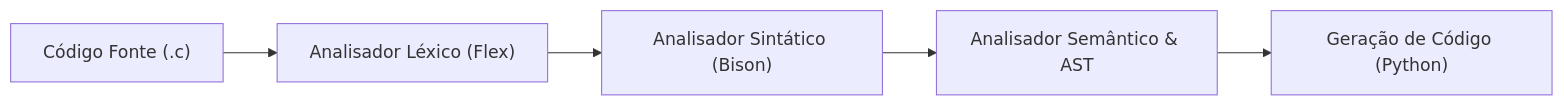
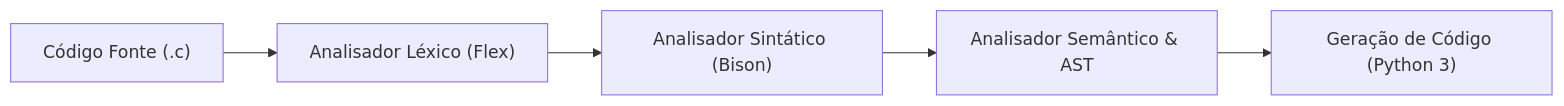
One commit to pedrolrm/compiladores-unb changed the diagram in docs/index.md. Above: the diagram before and after it, drawn with Mermaid. The commit also changed other lines of this file and 2 other files, not shown here.

````diff
--- a/docs/index.md
+++ b/docs/index.md
@@ -24,7 +26,7 @@
 ```mermaid
 flowchart LR
     A["Código Fonte (.c)"] --> B["Analisador Léxico (Flex)"]
     B --> C["Analisador Sintático (Bison)"]
     C --> D["Analisador Semântico & AST"]
-    D --> E["Geração de Código (Python)"]
+    D --> E["Geração de Código (Python 3)"]
 ```
````
